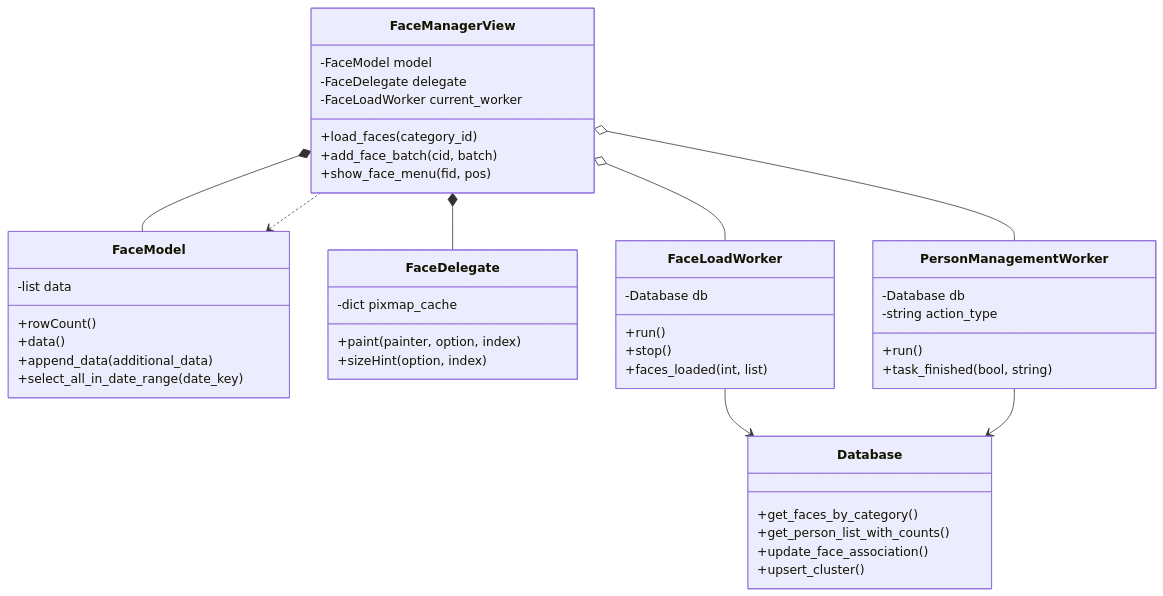
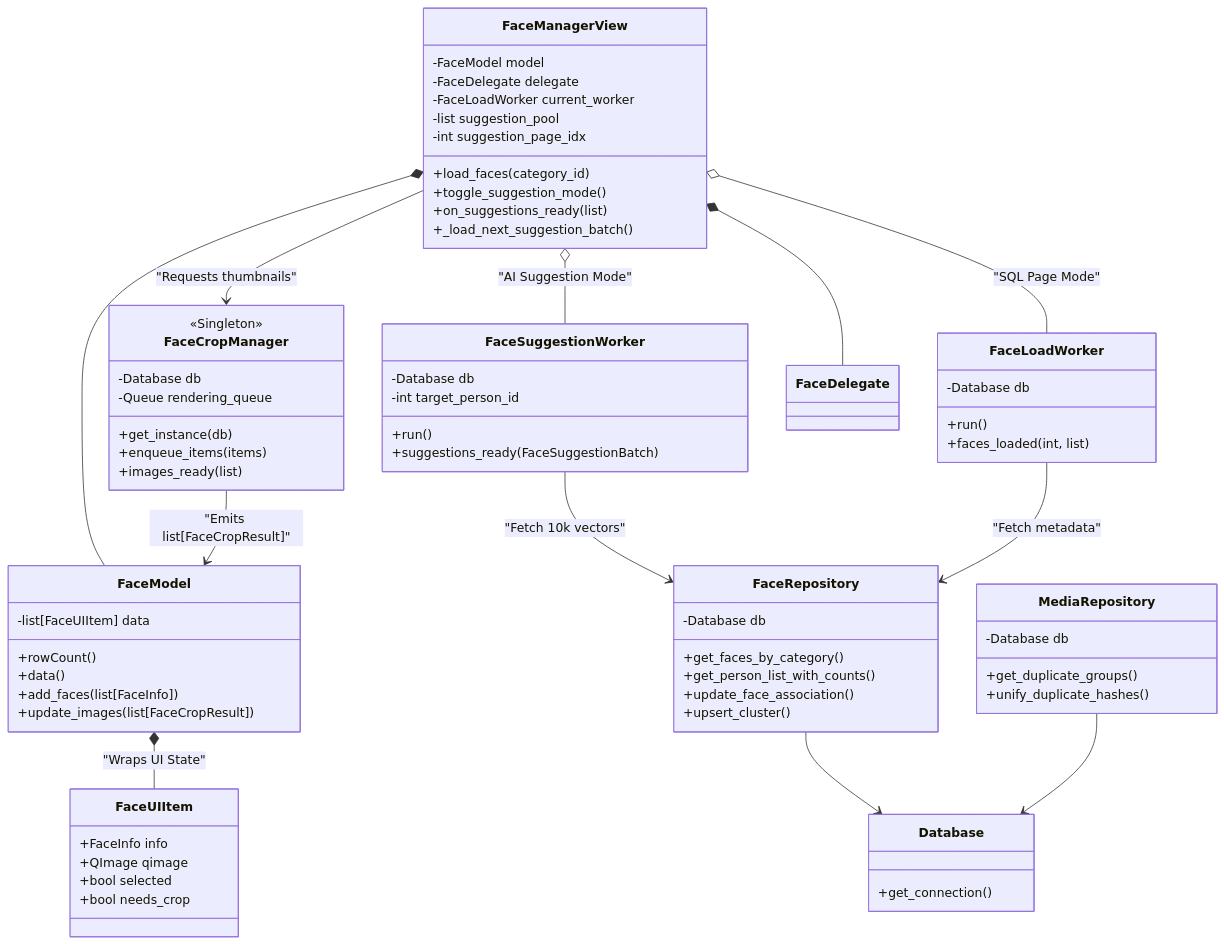
Before and after one commit to osakabe/PhotoArrange: the diagram in docs/design/class_diagram.md, drawn with Mermaid. The commit also changed other lines of this file and 99 other files, not shown here.

Commit message:
Fix AI Suggestion registration failure, threshold settings, and race conditions in FaceManagerView

````diff
--- a/docs/design/class_diagram.md
+++ b/docs/design/class_diagram.md
@@ -3,54 +3,81 @@
 ```mermaid
 classDiagram
     class Database {
+        +get_connection()
+    }
+    
+    class FaceRepository {
+        -Database db
         +get_faces_by_category()
         +get_person_list_with_counts()
         +update_face_association()
         +upsert_cluster()
     }
 
+    class MediaRepository {
+        -Database db
+        +get_duplicate_groups()
+        +unify_duplicate_hashes()
+    }
+    
+    class FaceUIItem {
+        +FaceInfo info
+        +QImage qimage
+        +bool selected
+        +bool needs_crop
+    }
+
     class FaceManagerView {
         -FaceModel model
         -FaceDelegate delegate
         -FaceLoadWorker current_worker
+        -list suggestion_pool
+        -int suggestion_page_idx
         +load_faces(category_id)
-        +add_face_batch(cid, batch)
-        +show_face_menu(fid, pos)
+        +toggle_suggestion_mode()
+        +on_suggestions_ready(list)
+        +_load_next_suggestion_batch()
+    }
+
+    class FaceCropManager <<Singleton>> {
+        -Database db
+        -Queue rendering_queue
+        +get_instance(db)
+        +enqueue_items(items)
+        +images_ready(list)
     }
 
     class FaceModel {
-        -list data
+        -list[FaceUIItem] data
         +rowCount()
         +data()
-        +append_data(additional_data)
-        +select_all_in_date_range(date_key)
+        +add_faces(list[FaceInfo])
+        +update_images(list[FaceCropResult])
     }
 
-    class FaceDelegate {
-        -dict pixmap_cache
-        +paint(painter, option, index)
-        +sizeHint(option, index)
+    class FaceSuggestionWorker {
+        -Database db
+        -int target_person_id
+        +run()
+        +suggestions_ready(FaceSuggestionBatch)
     }
 
     class FaceLoadWorker {
         -Database db
         +run()
-        +stop()
         +faces_loaded(int, list)
-    }
-
-    class PersonManagementWorker {
-        -Database db
-        -string action_type
-        +run()
-        +task_finished(bool, string)
     }
 
     FaceManagerView *-- FaceModel
     FaceManagerView *-- FaceDelegate
-    FaceManagerView o-- FaceLoadWorker
-    FaceManagerView o-- PersonManagementWorker
-    FaceLoadWorker --> Database
-    PersonManagementWorker --> Database
-    FaceModel <.. FaceManagerView
+    FaceManagerView o-- FaceLoadWorker : "SQL Page Mode"
+    FaceManagerView o-- FaceSuggestionWorker : "AI Suggestion Mode"
+    FaceManagerView --> FaceCropManager : "Requests thumbnails"
+    
+    FaceModel *-- FaceUIItem : "Wraps UI State"
+    FaceCropManager --> FaceModel : "Emits list[FaceCropResult]"
+    FaceSuggestionWorker --> FaceRepository : "Fetch 10k vectors"
+    FaceLoadWorker --> FaceRepository : "Fetch metadata"
+    FaceRepository --> Database
+    MediaRepository --> Database
 ```
````
